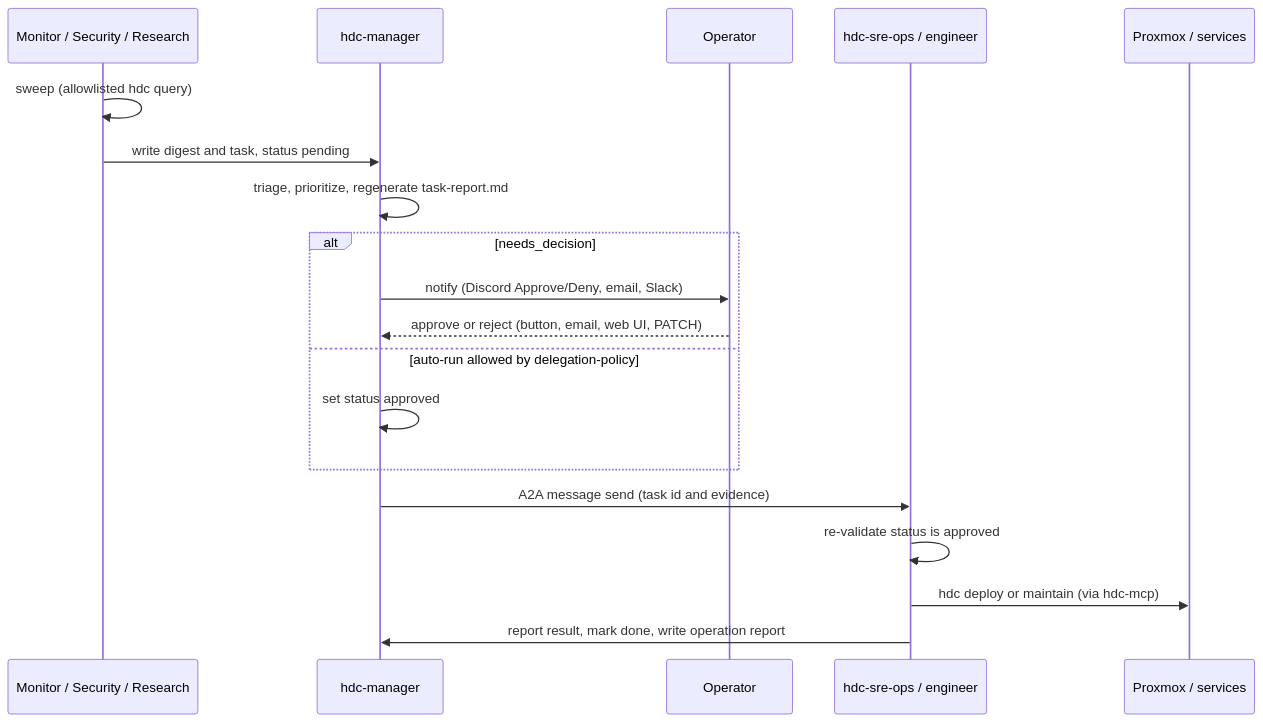
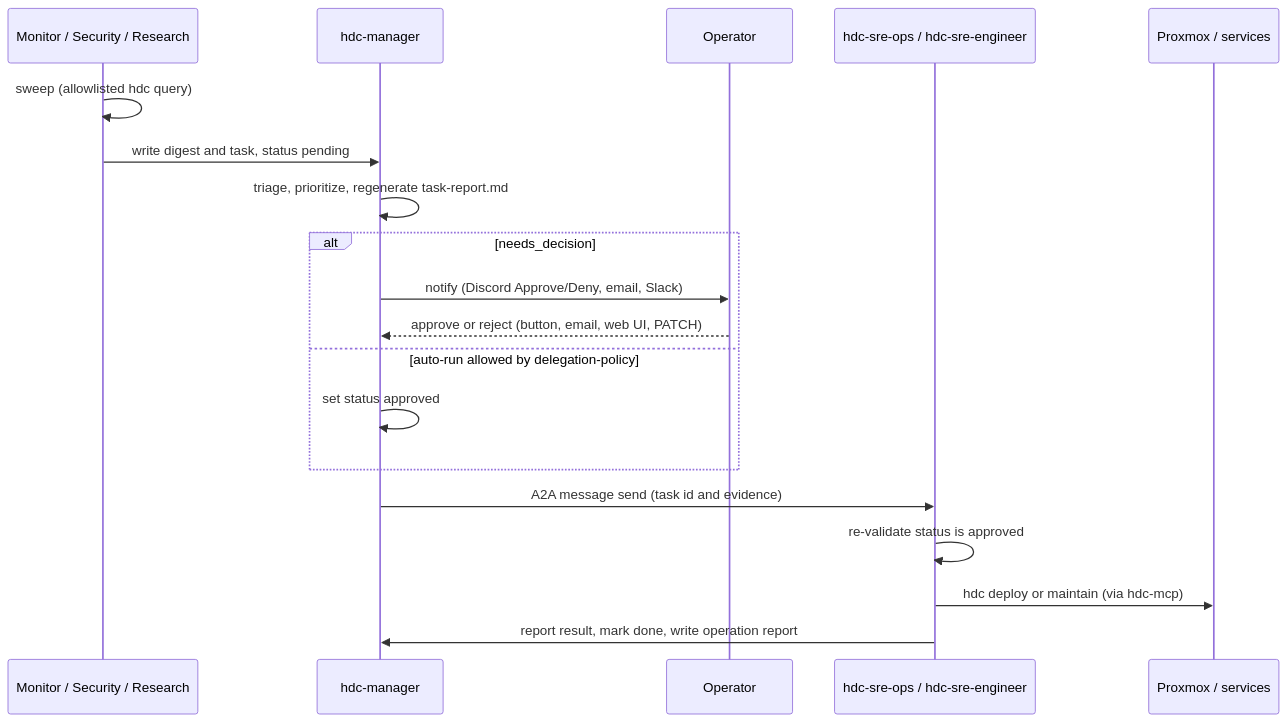
Before and after one commit to dukk/hdc: the fifth of 6 diagrams in ARCHITECTURE.md, drawn with Mermaid. The commit also changed other lines of this file and 36 other files, not shown here.

First line of the commit message:
refactor(agent-server): retire hdc-engineer so humans own the platform

````diff
--- a/ARCHITECTURE.md
+++ b/ARCHITECTURE.md
@@ -301,22 +299,22 @@
 ```mermaid
 sequenceDiagram
   participant Sensor as Monitor / Security / Research
   participant Mgr as hdc-manager
   participant Op as Operator
-  participant Worker as hdc-sre-ops / engineer
+  participant Worker as hdc-sre-ops / hdc-sre-engineer
   participant Lab as Proxmox / services
 
   Sensor->>Sensor: sweep (allowlisted hdc query)
   Sensor->>Mgr: write digest and task, status pending
   Mgr->>Mgr: triage, prioritize, regenerate task-report.md
   alt needs_decision
     Mgr->>Op: notify (Discord Approve/Deny, email, Slack)
     Op-->>Mgr: approve or reject (button, email, web UI, PATCH)
   else auto-run allowed by delegation-policy
     Mgr->>Mgr: set status approved
   end
   Mgr->>Worker: A2A message send (task id and evidence)
   Worker->>Worker: re-validate status is approved
   Worker->>Lab: hdc deploy or maintain (via hdc-mcp)
   Worker->>Mgr: report result, mark done, write operation report
 ```
````
